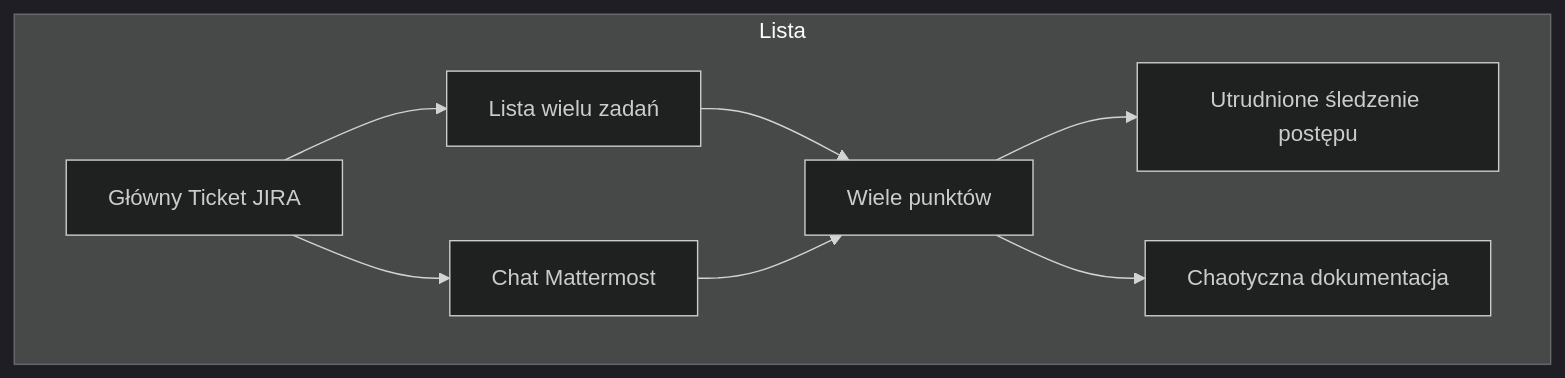
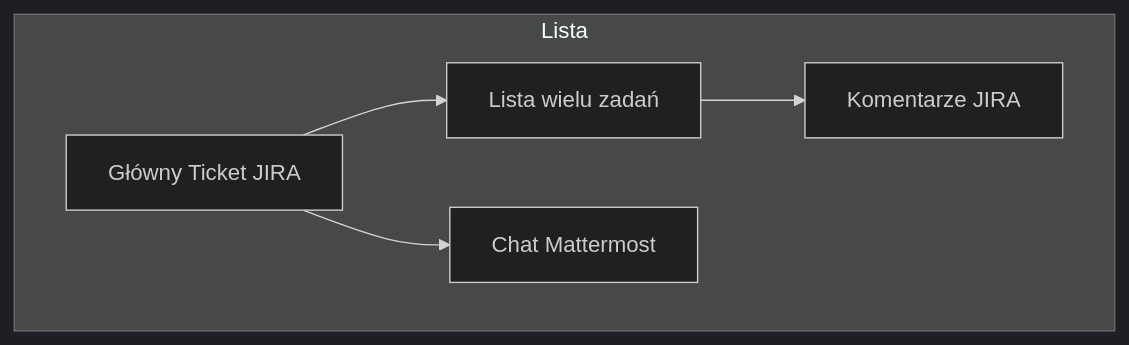
Before and after one commit to tom-sapletta-com/komunikacja: the first of 3 diagrams in README.md, drawn with Mermaid (dark theme). The commit also changed other lines of this file, not shown here.

````diff
--- a/README.md
+++ b/README.md
@@ -7,11 +10,8 @@
 ```mermaid
 graph TB
     subgraph Lista
         A[Główny Ticket JIRA] --> B[Lista wielu zadań]
         A --> C[Chat Mattermost]
-        B --> D[Wiele punktów]
-        C --> D
-        D --> E[Utrudnione śledzenie postępu]
-        D --> F[Chaotyczna dokumentacja]        
+        B --> D[Komentarze JIRA]        
     end
 ```
````
